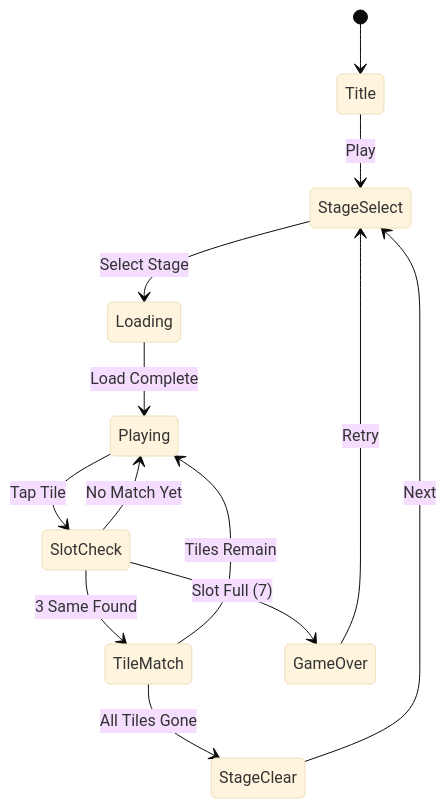
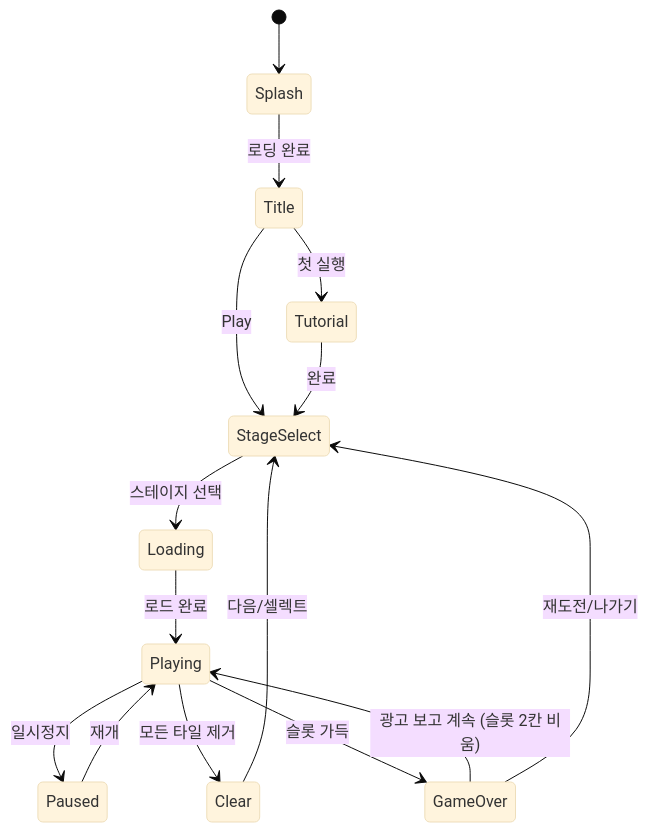
One commit to hisgtory/mobile-arcade changed the diagram in prd/found3.md. Above: the diagram before and after it, drawn with Mermaid (base theme). The commit also changed other lines of this file, not shown here.

First line of the commit message:
docs(prd): found3 상세 기획서 확장 — 8개 항목 전체 상세 설계

````diff
--- a/prd/found3.md
+++ b/prd/found3.md
@@ -31,15 +574,17 @@
 ```mermaid
 stateDiagram-v2
-    [*] --> Title
+    [*] --> Splash
+    Splash --> Title: 로딩 완료
+    Title --> Tutorial: 첫 실행
     Title --> StageSelect: Play
-    StageSelect --> Loading: Select Stage
-    Loading --> Playing: Load Complete
-    Playing --> SlotCheck: Tap Tile
-    SlotCheck --> TileMatch: 3 Same Found
-    SlotCheck --> Playing: No Match Yet
-    SlotCheck --> GameOver: Slot Full (7)
-    TileMatch --> StageClear: All Tiles Gone
-    TileMatch --> Playing: Tiles Remain
-    StageClear --> StageSelect: Next
-    GameOver --> StageSelect: Retry
+    Tutorial --> StageSelect: 완료
+    StageSelect --> Loading: 스테이지 선택
+    Loading --> Playing: 로드 완료
+    Playing --> Paused: 일시정지
+    Paused --> Playing: 재개
+    Playing --> Clear: 모든 타일 제거
+    Playing --> GameOver: 슬롯 가득
+    Clear --> StageSelect: 다음/셀렉트
+    GameOver --> Playing: 광고 보고 계속 (슬롯 2칸 비움)
+    GameOver --> StageSelect: 재도전/나가기
 ```
````
